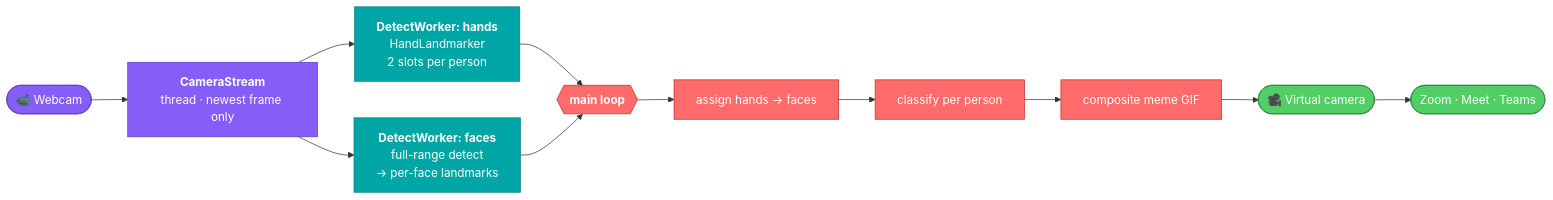
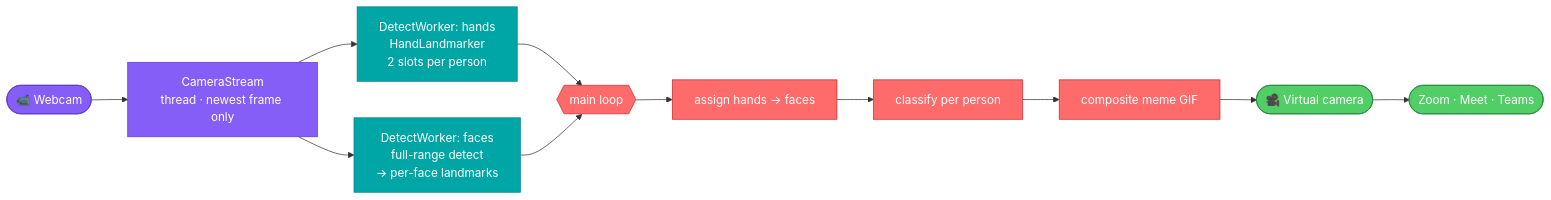
One commit to pyronix-dev/memecam changed the diagram in README.md. Above: the diagram before and after it, drawn with Mermaid. The commit also changed other lines of this file, not shown here.

Commit message:
README: plain-text mermaid labels for GitHub's strict renderer

````diff
--- a/README.md
+++ b/README.md
@@ -145,22 +145,22 @@
 ```mermaid
 flowchart LR
-    CAM([📹 Webcam]) --> GRAB["<b>CameraStream</b><br/>thread · newest frame only"]
-    GRAB --> HANDS["<b>DetectWorker: hands</b><br/>HandLandmarker<br/>2 slots per person"]
-    GRAB --> FACES["<b>DetectWorker: faces</b><br/>full-range detect<br/>→ per-face landmarks"]
-    HANDS --> LOOP{{"<b>main loop</b>"}}
+    CAM([📹 Webcam]) --> GRAB["CameraStream<br/>thread · newest frame only"]
+    GRAB --> HANDS["DetectWorker: hands<br/>HandLandmarker<br/>2 slots per person"]
+    GRAB --> FACES["DetectWorker: faces<br/>full-range detect<br/>→ per-face landmarks"]
+    HANDS --> LOOP{{"main loop"}}
     FACES --> LOOP
     LOOP --> A["assign hands → faces"]
     A --> C["classify per person"]
     C --> D["composite meme GIF"]
     D --> OUT([🎥 Virtual camera])
     OUT --> APP([Zoom · Meet · Teams])
 
     classDef src fill:#845EF7,stroke:#5F3DC4,color:#fff
     classDef work fill:#00A6A6,stroke:#087F8C,color:#fff
     classDef main fill:#FF6B6B,stroke:#C92A2A,color:#fff
     classDef out fill:#51CF66,stroke:#2B8A3E,color:#fff
     class CAM,GRAB src
     class HANDS,FACES work
     class LOOP,A,C,D main
     class OUT,APP out
 ```
````
